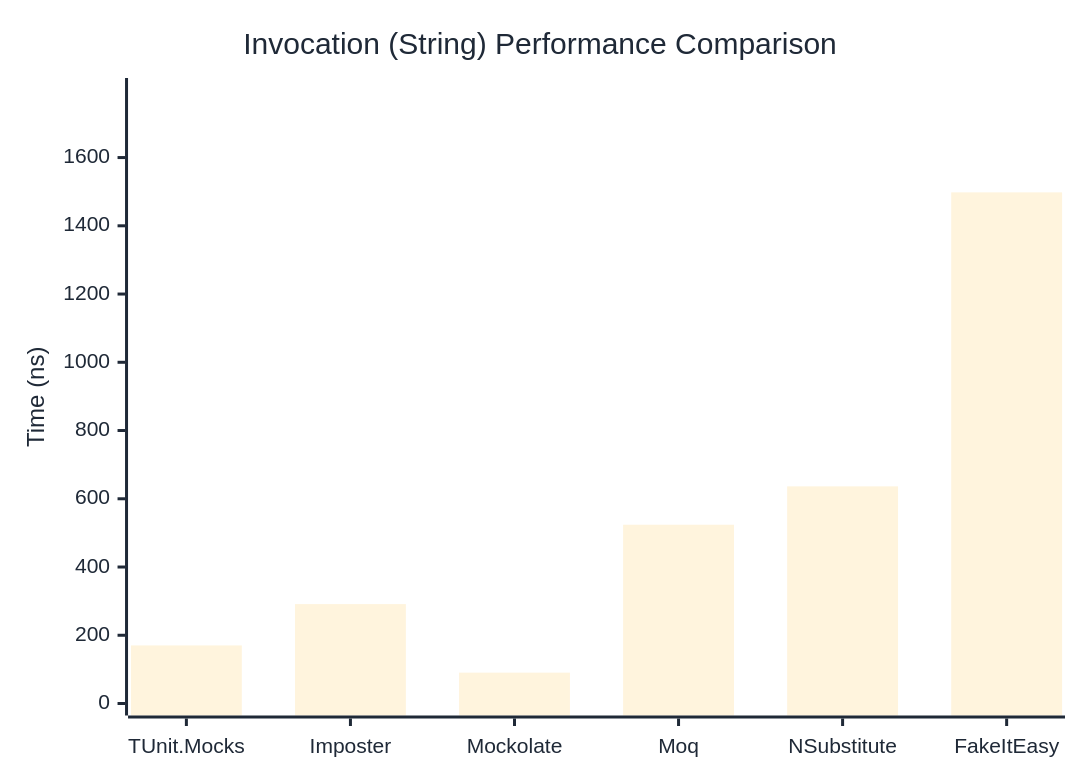
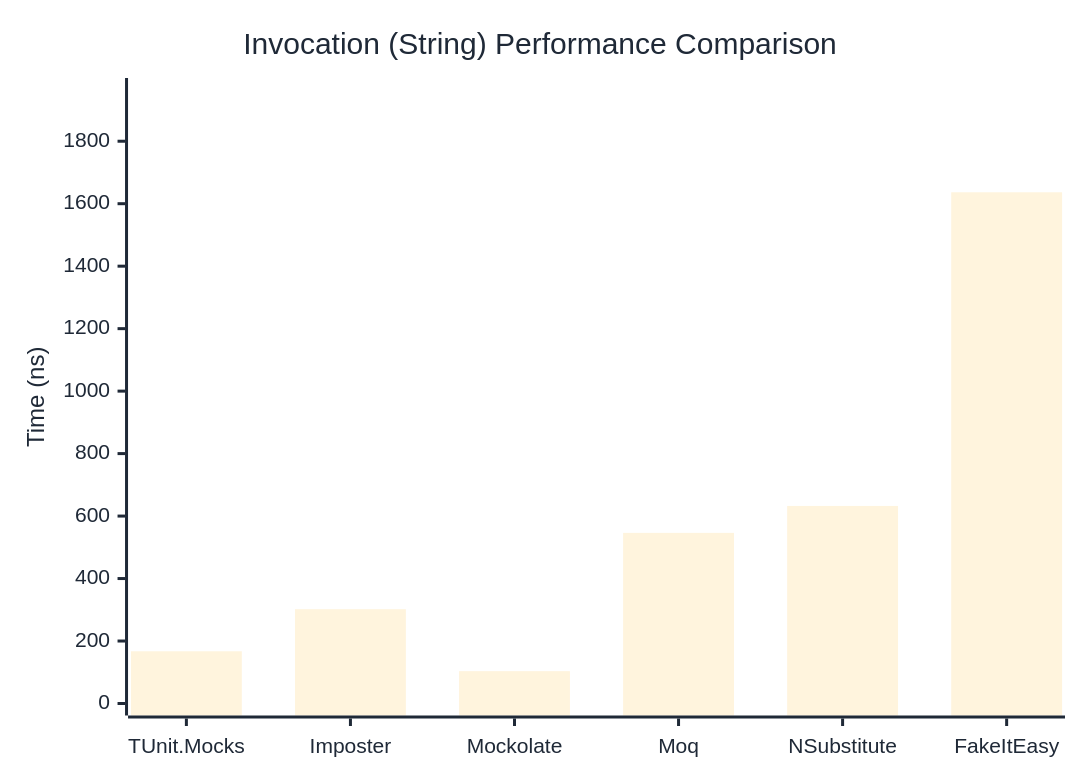
One commit to thomhurst/TUnit changed the second of 3 diagrams in docs/docs/benchmarks/mocks/Invocation.md. Above: the diagram before and after it, drawn with Mermaid. The commit also changed other lines of this file and 14 other files, not shown here.

````diff
--- a/docs/docs/benchmarks/mocks/Invocation.md
+++ b/docs/docs/benchmarks/mocks/Invocation.md
@@ -71,27 +71,27 @@
 ```mermaid
 %%{init: {
   'theme':'base',
   'themeVariables': {
     'primaryColor': '#2563eb',
     'primaryTextColor': '#1f2937',
     'primaryBorderColor': '#1e40af',
     'lineColor': '#6b7280',
     'secondaryColor': '#7c3aed',
     'tertiaryColor': '#dc2626',
     'background': '#ffffff',
     'pie1': '#2563eb',
     'pie2': '#7c3aed',
     'pie3': '#dc2626',
     'pie4': '#f59e0b',
     'pie5': '#10b981',
     'pie6': '#06b6d4',
     'pie7': '#ec4899',
     'pie8': '#6366f1'
   }
 }}%%
 xychart-beta
   title "Invocation (String) Performance Comparison"
   x-axis ["TUnit.Mocks", "Imposter", "Mockolate", "Moq", "NSubstitute", "FakeItEasy"]
-  y-axis "Time (ns)" 0 --> 1798
-  bar [170.21, 291.3, 90.45, 523.89, 636.4, 1497.97]
+  y-axis "Time (ns)" 0 --> 1964
+  bar [167.2, 301.9, 103.5, 546.2, 632.5, 1636.6]
 ```
````
